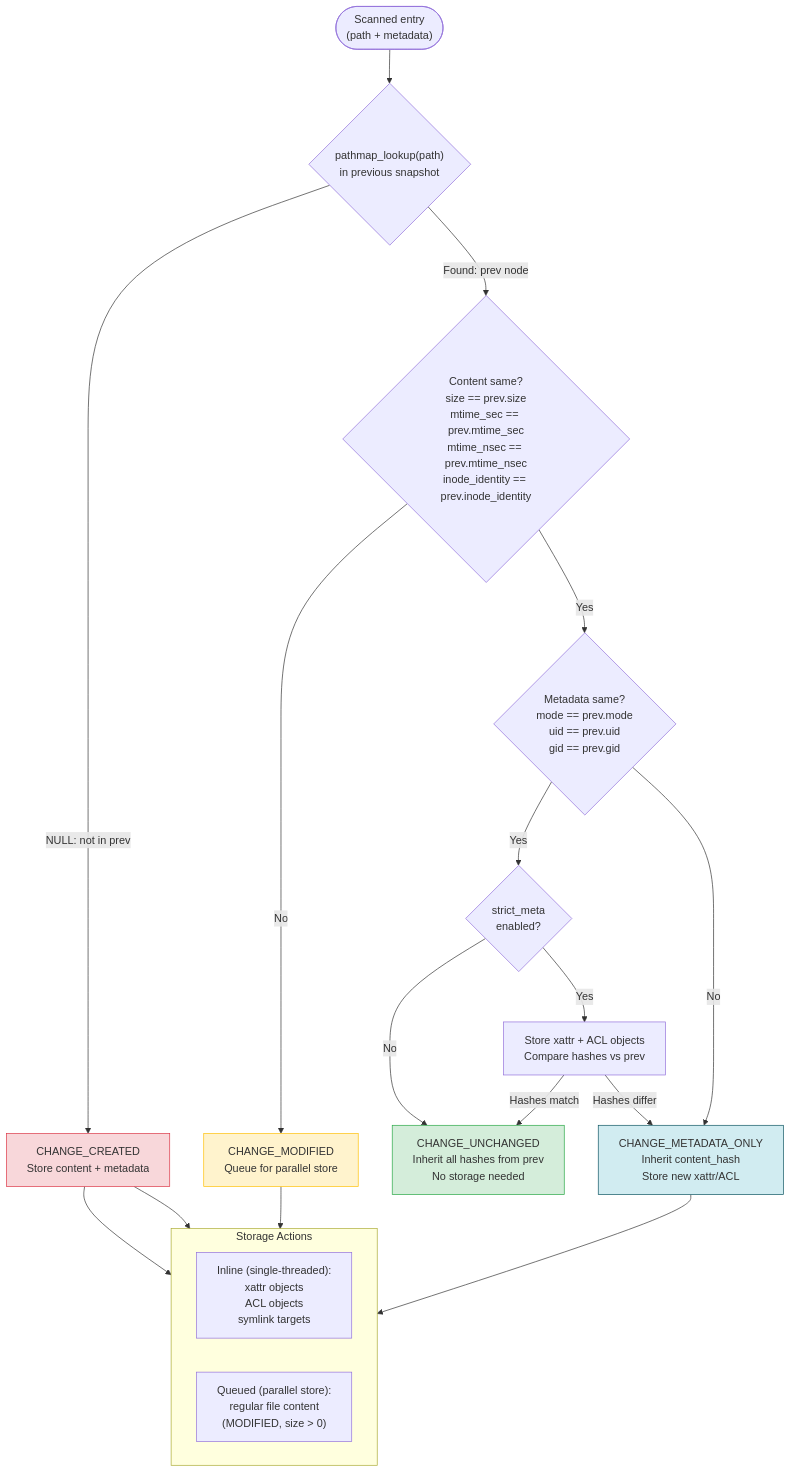
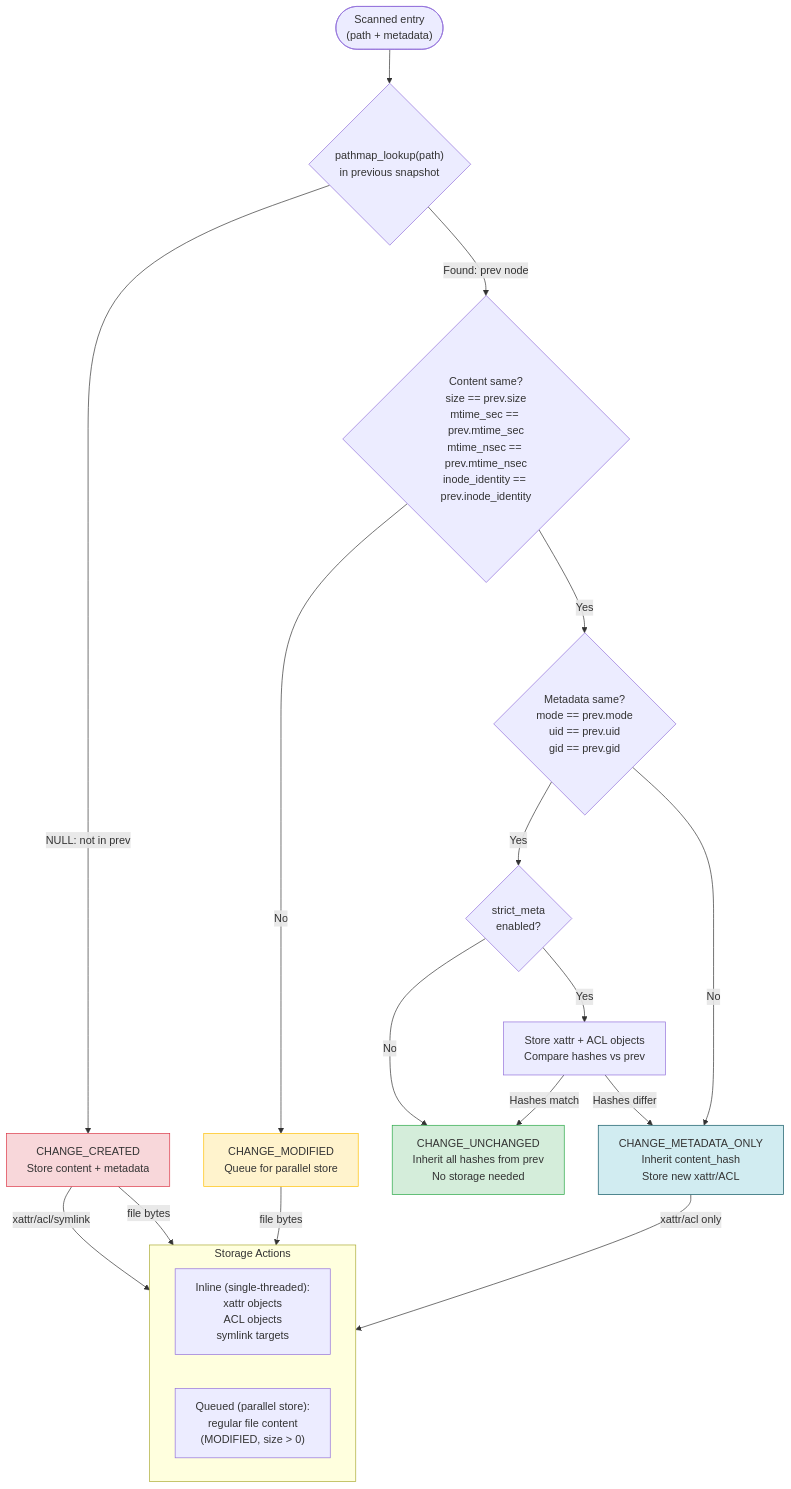
The diagram in diagrams/10-snapshot-comparison.md (vifair22/c-backup), drawn with Mermaid before and after one commit. The commit also changed 11 other files, not shown here.

````diff
--- a/diagrams/10-snapshot-comparison.md
+++ b/diagrams/10-snapshot-comparison.md
@@ -5,41 +5,41 @@
 ```mermaid
 flowchart TD
     ENTRY(["Scanned entry<br/>(path + metadata)"])
 
     LOOKUP{"pathmap_lookup(path)<br/>in previous snapshot"}
 
     ENTRY --> LOOKUP
 
     LOOKUP -- "NULL: not in prev" --> CREATED["CHANGE_CREATED<br/>Store content + metadata"]
 
     LOOKUP -- "Found: prev node" --> CONTENT{"Content same?<br/>size == prev.size<br/>mtime_sec == prev.mtime_sec<br/>mtime_nsec == prev.mtime_nsec<br/>inode_identity == prev.inode_identity"}
 
     CONTENT -- "No" --> MODIFIED["CHANGE_MODIFIED<br/>Queue for parallel store"]
 
     CONTENT -- "Yes" --> META{"Metadata same?<br/>mode == prev.mode<br/>uid == prev.uid<br/>gid == prev.gid"}
 
     META -- "Yes" --> STRICT{"strict_meta<br/>enabled?"}
     STRICT -- "No" --> UNCHANGED["CHANGE_UNCHANGED<br/>Inherit all hashes from prev<br/>No storage needed"]
     STRICT -- "Yes" --> XATTR_CHECK["Store xattr + ACL objects<br/>Compare hashes vs prev"]
 
     META -- "No" --> META_ONLY
 
     XATTR_CHECK -- "Hashes match" --> UNCHANGED
     XATTR_CHECK -- "Hashes differ" --> META_ONLY["CHANGE_METADATA_ONLY<br/>Inherit content_hash<br/>Store new xattr/ACL"]
 
     subgraph "Storage Actions"
         direction LR
         INLINE["Inline (single-threaded):<br/>xattr objects<br/>ACL objects<br/>symlink targets"]
         QUEUED["Queued (parallel store):<br/>regular file content<br/>(MODIFIED, size > 0)"]
     end
 
-    CREATED --> INLINE
-    CREATED --> QUEUED
-    MODIFIED --> QUEUED
-    META_ONLY --> INLINE
+    CREATED -->|xattr/acl/symlink| INLINE
+    CREATED -->|file bytes| QUEUED
+    MODIFIED -->|file bytes| QUEUED
+    META_ONLY -->|xattr/acl only| INLINE
 
     style UNCHANGED fill:#d4edda,stroke:#28a745
     style CREATED fill:#f8d7da,stroke:#dc3545
     style MODIFIED fill:#fff3cd,stroke:#ffc107
     style META_ONLY fill:#d1ecf1,stroke:#0c5460
 ```
````
